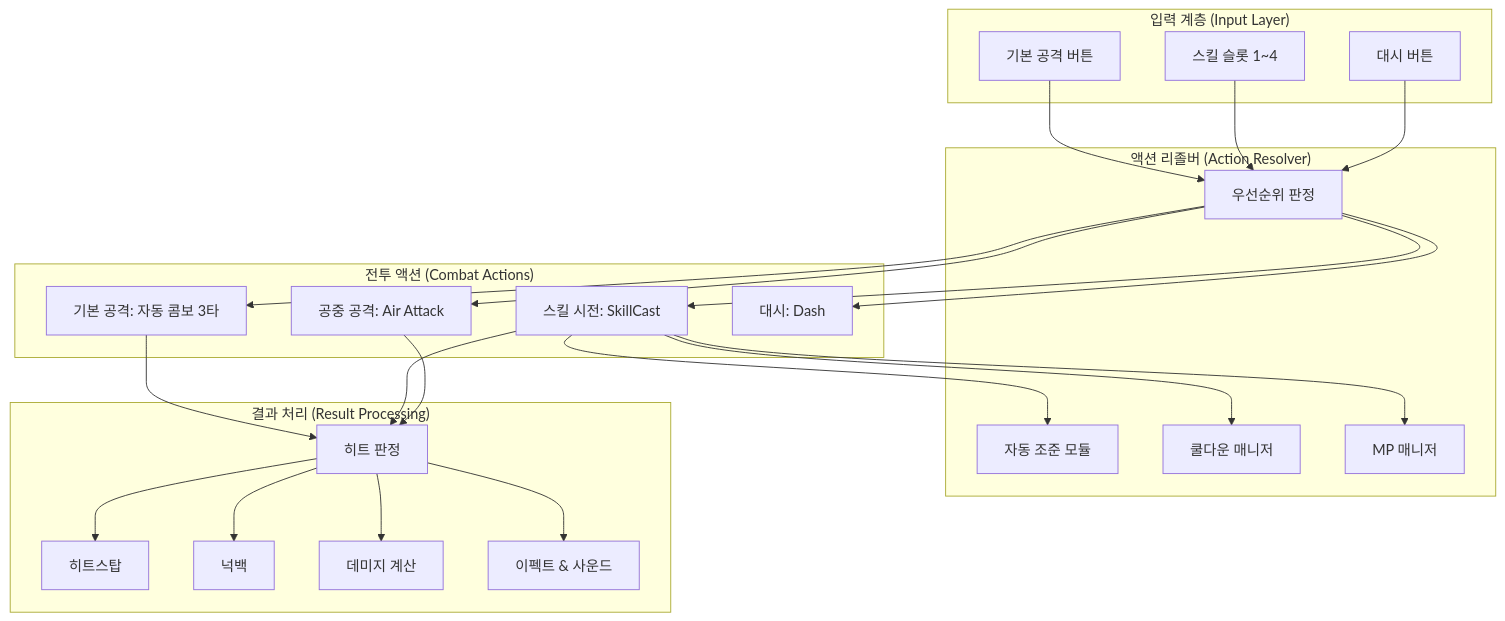
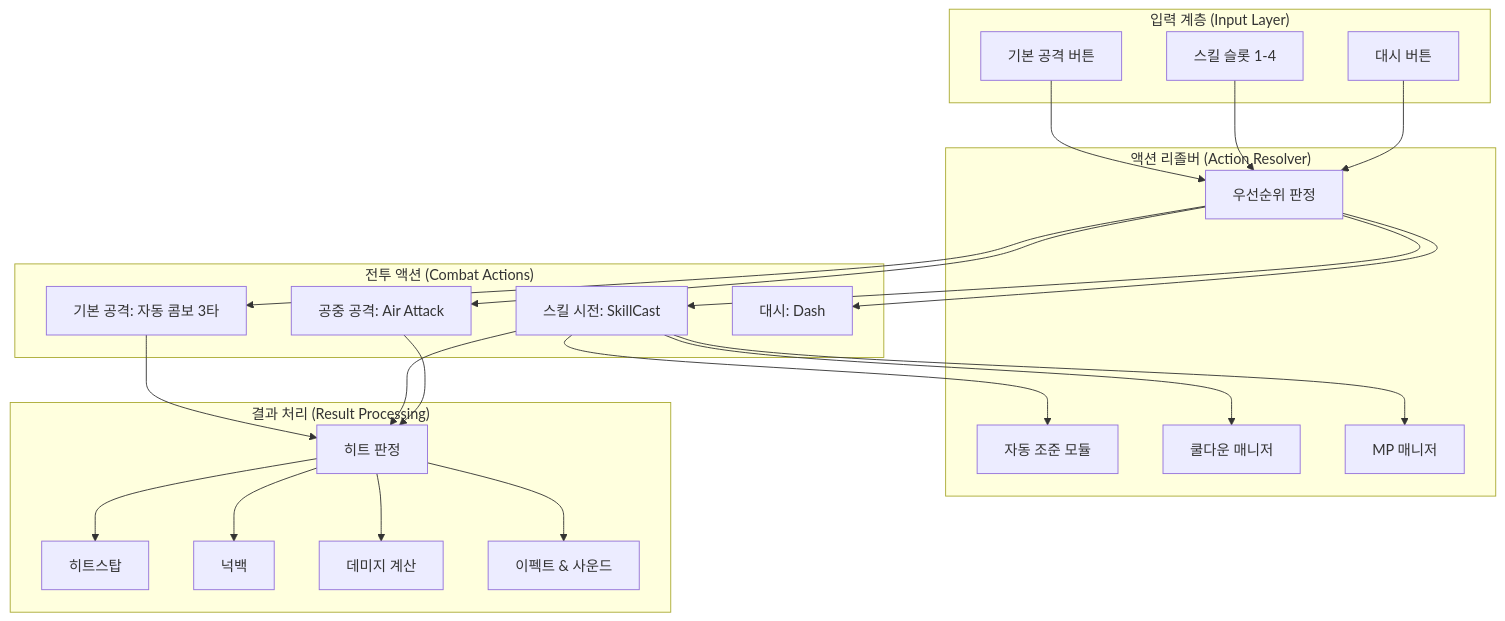
The first of 3 diagrams in Documents/System/System_Combat_Action.md (Biskraft/ProjectAbyss), drawn with Mermaid before and after one commit. The commit also changed 74 other files, not shown here.

````diff
--- a/Documents/System/System_Combat_Action.md
+++ b/Documents/System/System_Combat_Action.md
@@ -94,52 +94,52 @@
 ```mermaid
 graph TD
     subgraph "입력 계층 (Input Layer)"
         ATK[기본 공격 버튼]
-        SK[스킬 슬롯 1~4]
+        SK[스킬 슬롯 1-4]
         DSH[대시 버튼]
     end
 
     subgraph "액션 리졸버 (Action Resolver)"
         PRI[우선순위 판정]
         AIM[자동 조준 모듈]
         CD[쿨다운 매니저]
         MP[MP 매니저]
     end
 
     subgraph "전투 액션 (Combat Actions)"
         BA[기본 공격: 자동 콤보 3타]
         SC[스킬 시전: SkillCast]
         AA[공중 공격: Air Attack]
         DA[대시: Dash]
     end
 
     subgraph "결과 처리 (Result Processing)"
         HIT[히트 판정]
         HS[히트스탑]
         KB[넉백]
         DMG[데미지 계산]
         EFF[이펙트 & 사운드]
     end
 
     ATK --> PRI
     SK --> PRI
     DSH --> PRI
 
     PRI --> BA
     PRI --> SC
     PRI --> AA
     PRI --> DA
 
     SC --> AIM
     SC --> CD
     SC --> MP
 
     BA --> HIT
     SC --> HIT
     AA --> HIT
 
     HIT --> HS
     HIT --> KB
     HIT --> DMG
     HIT --> EFF
 ```
````
